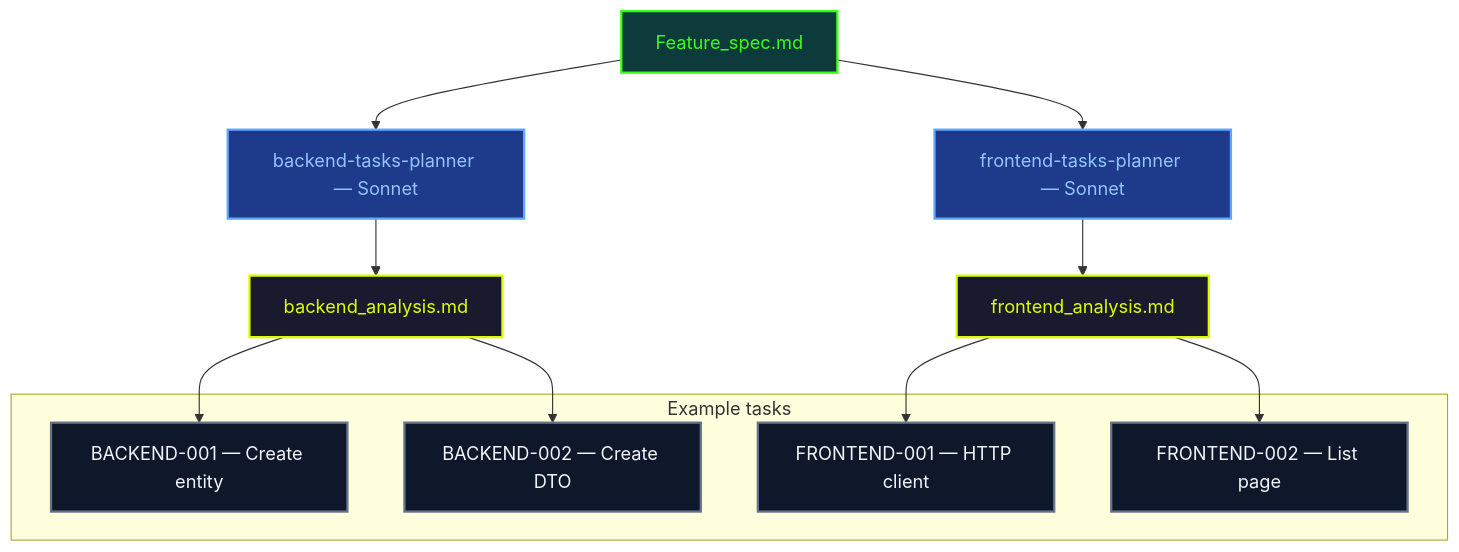
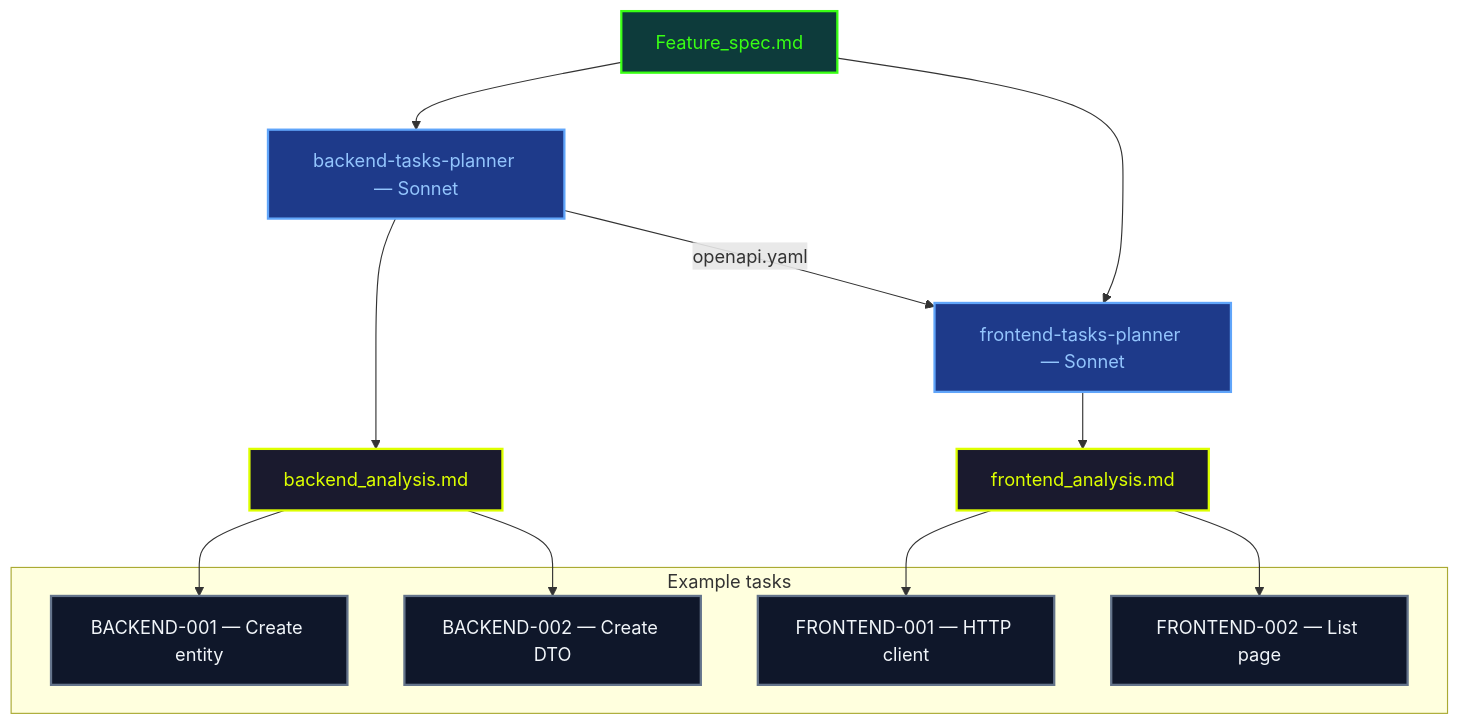
One commit to fondative/claude-code-ecosystem changed the ninth of 15 diagrams in docs/en/guide/methodology.md. Above: the diagram before and after it, drawn with Mermaid. The commit also changed other lines of this file and 260 other files, not shown here.

````diff
--- a/docs/en/guide/methodology.md
+++ b/docs/en/guide/methodology.md
@@ -387,35 +414,36 @@
 ```mermaid
 graph TB
     SPEC["Feature_spec.md"]
     BP["backend-tasks-planner — Sonnet"]
     FP["frontend-tasks-planner — Sonnet"]
     BA["backend_analysis.md"]
     FA["frontend_analysis.md"]
 
     SPEC --> BP
     SPEC --> FP
     BP --> BA
+    BP -->|openapi.yaml| FP
     FP --> FA
 
     subgraph TASKS["Example tasks"]
         T1["BACKEND-001 — Create entity"]
         T2["BACKEND-002 — Create DTO"]
         T3["FRONTEND-001 — HTTP client"]
         T4["FRONTEND-002 — List page"]
     end
 
     BA --> T1
     BA --> T2
     FA --> T3
     FA --> T4
 
     classDef input fill:#0d3b3b,stroke:#39ff14,stroke-width:2px,color:#39ff14
     classDef sonnet fill:#1e3a8a,stroke:#60a5fa,stroke-width:2px,color:#93c5fd
     classDef output fill:#1a1a2e,stroke:#ddff00,stroke-width:2px,color:#ddff00
     classDef task fill:#0f172a,stroke:#64748b,stroke-width:2px,color:#f1f5f9
 
     class SPEC input
     class BP,FP sonnet
     class BA,FA output
     class T1,T2,T3,T4 task
 ```
````
